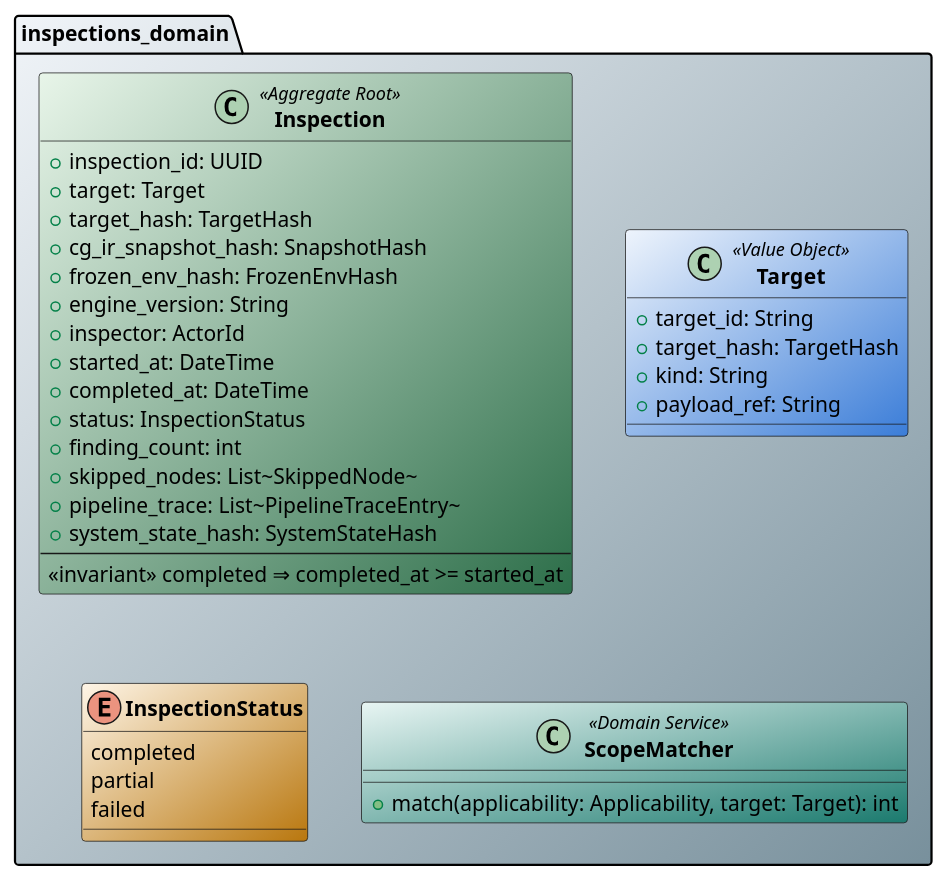
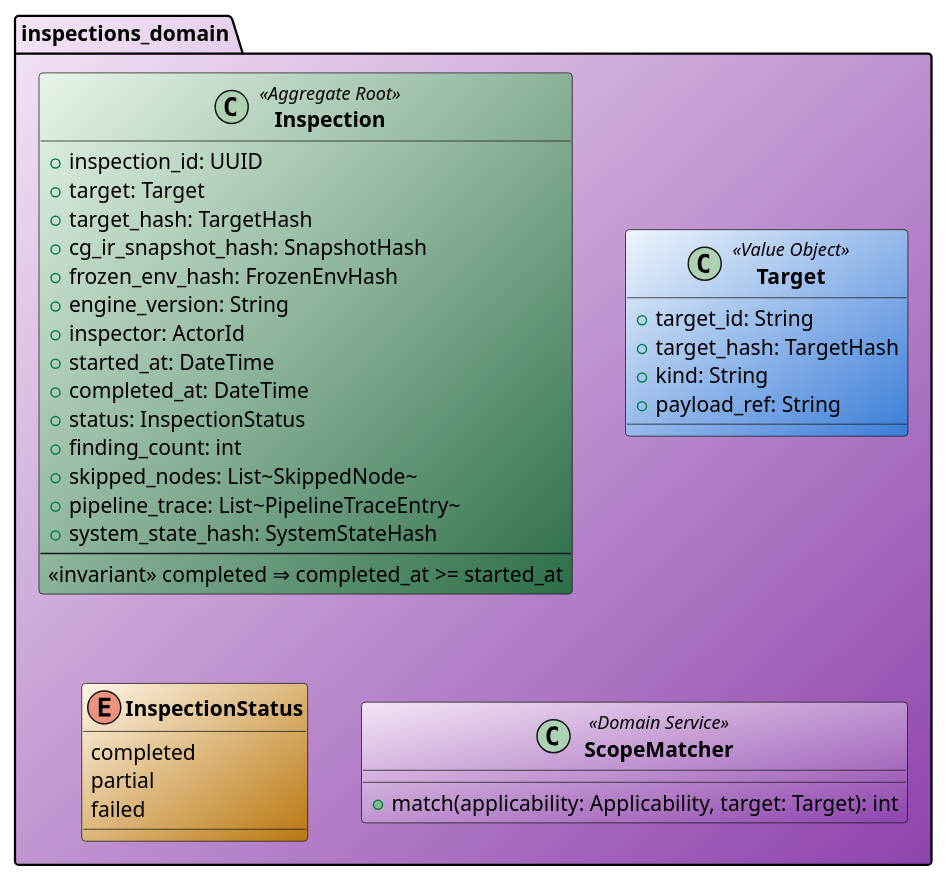
Before and after one commit to salimnamvar/selma: the diagram in docs/class/common/cd_section_domain_inspections.puml, drawn with PlantUML. The commit also changed 34 other files, not shown here.

```diff
--- a/docs/class/common/cd_section_domain_inspections.puml
+++ b/docs/class/common/cd_section_domain_inspections.puml
@@ -1,46 +1,46 @@
 ' ============================================================
 ' Section: cd_section_domain_inspections.puml
 ' ============================================================
 
-package "inspections_domain" as DOM_INS #F0F4F8/78909C {
+package "inspections_domain" as DOM_INS #F3E5F5/8E44AD {
 
   class "**Inspection**" as Inspection <<Aggregate Root>> #E8F5E9/2C6E49 {
     + inspection_id: UUID
     + target: Target
     + target_hash: TargetHash
     + cg_ir_snapshot_hash: SnapshotHash
     + frozen_env_hash: FrozenEnvHash
     + engine_version: String
     + inspector: ActorId
     + started_at: DateTime
     + completed_at: DateTime
     + status: InspectionStatus
     + finding_count: int
     + skipped_nodes: List~SkippedNode~
     + pipeline_trace: List~PipelineTraceEntry~
     + system_state_hash: SystemStateHash
     --
     <<invariant>> completed ⇒ completed_at >= started_at
   }
 
   class "**Target**" as Target <<Value Object>> #EEF4FC/3B7DD8 {
     + target_id: String
     + target_hash: TargetHash
     + kind: String
     + payload_ref: String
   }
 
   enum "**InspectionStatus**" as InspectionStatus #FEF5E7/B9770E {
     completed
     partial
     failed
   }
 
-  class "**ScopeMatcher**" as ScopeMatcher <<Domain Service>> #E8F5F3/1B7A6E {
+  class "**ScopeMatcher**" as ScopeMatcher <<Domain Service>> #F3E5F5/8E44AD {
     + match(applicability: Applicability, target: Target): int
   }
 }
 
 ' ═══════════════════════════════════════════════════════════
 '  findings_domain
 ' ═══════════════════════════════════════════════════════════
```
